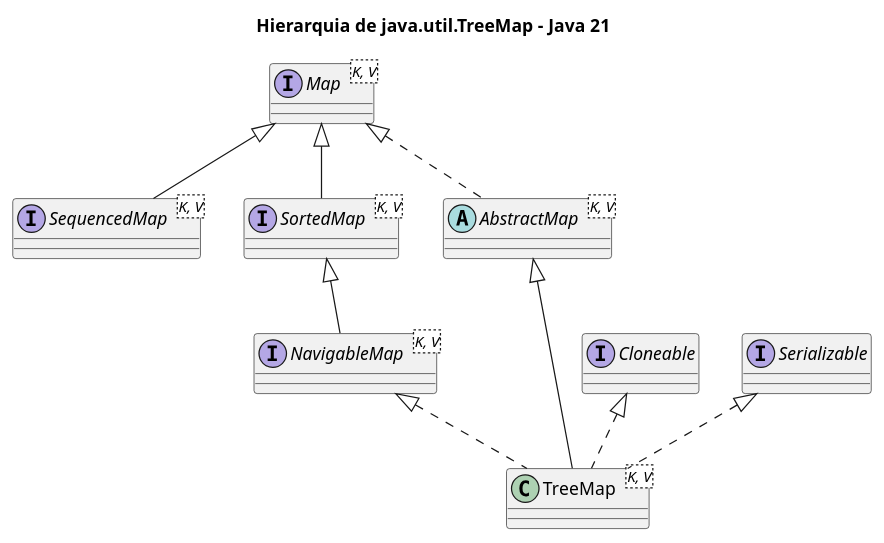
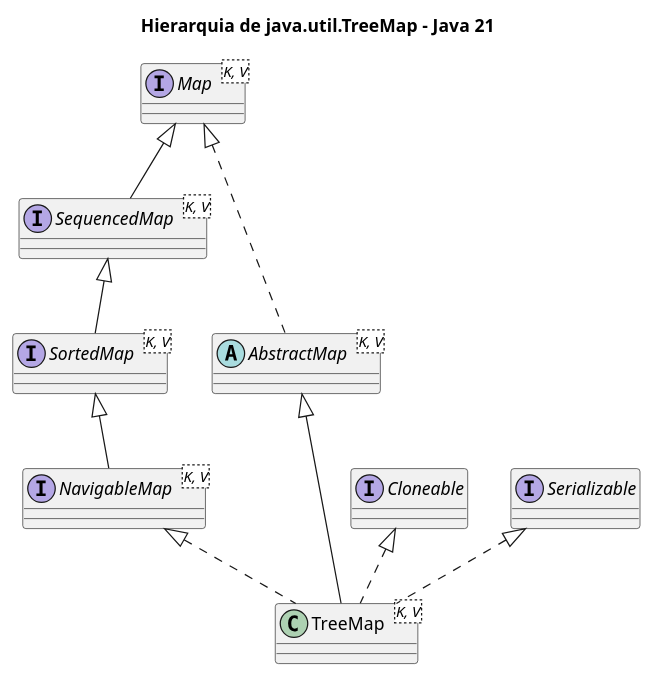
Before and after one commit to fabriciosantana/idp-marp-slides: the diagram in subjects/poo/code/11-treemap-hierarchy.puml, drawn with PlantUML. The commit also changed 12 other files, not shown here.

```diff
--- a/subjects/poo/code/11-treemap-hierarchy.puml
+++ b/subjects/poo/code/11-treemap-hierarchy.puml
@@ -1,26 +1,26 @@
 @startuml
 title Hierarquia de java.util.TreeMap - Java 21
 
 skinparam classAttributeIconSize 0
 
 interface Map<K, V>
 interface SequencedMap<K, V>
 interface SortedMap<K, V>
 interface NavigableMap<K, V>
 interface Cloneable
 interface Serializable
 
 abstract class AbstractMap<K, V>
 class TreeMap<K, V>
 
 Map <|-- SequencedMap
-Map <|-- SortedMap
+SequencedMap <|-- SortedMap
 SortedMap <|-- NavigableMap
 
 Map <|.. AbstractMap
 AbstractMap <|-- TreeMap
 NavigableMap <|.. TreeMap
 Cloneable <|.. TreeMap
 Serializable <|.. TreeMap
 
 @enduml
```
